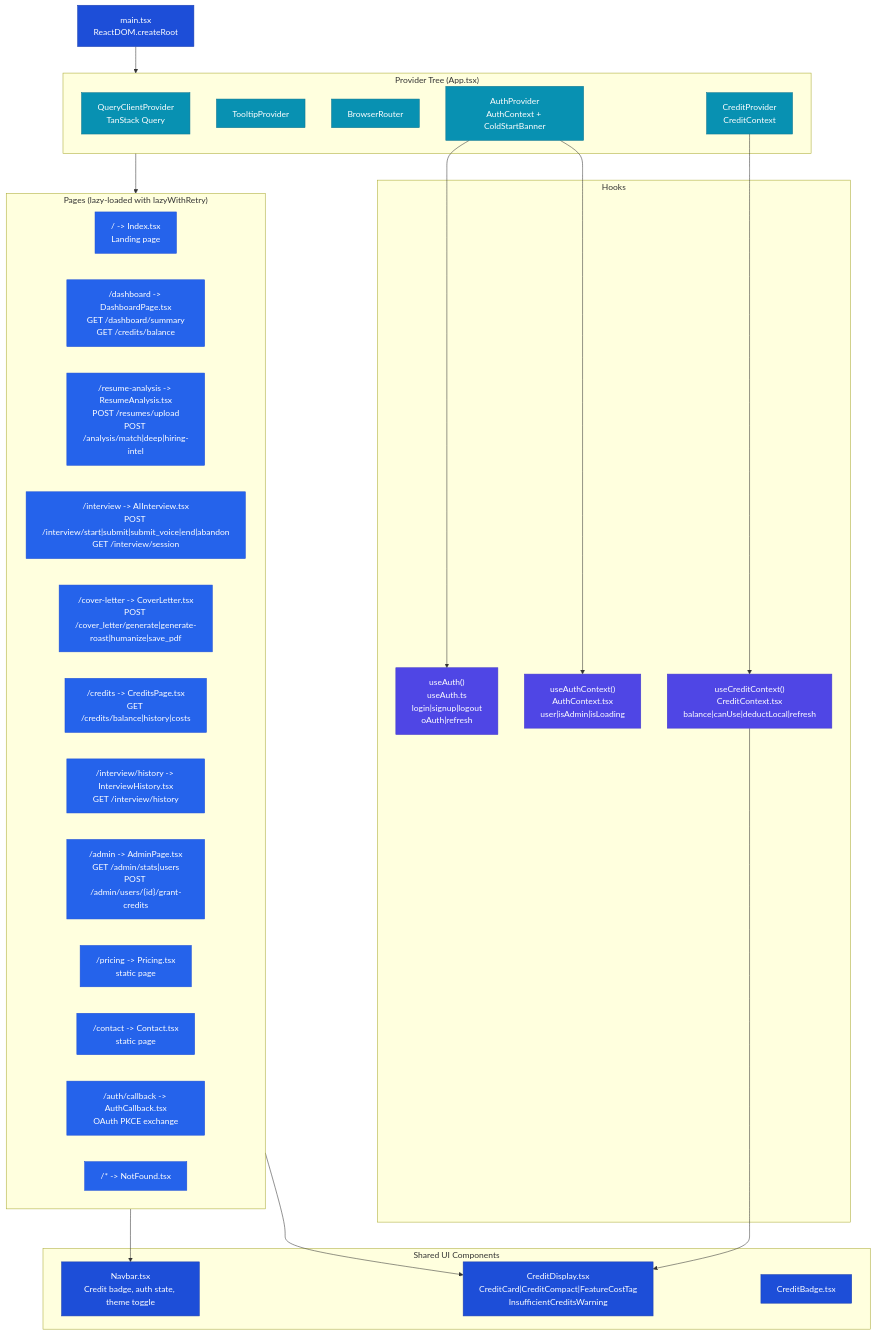
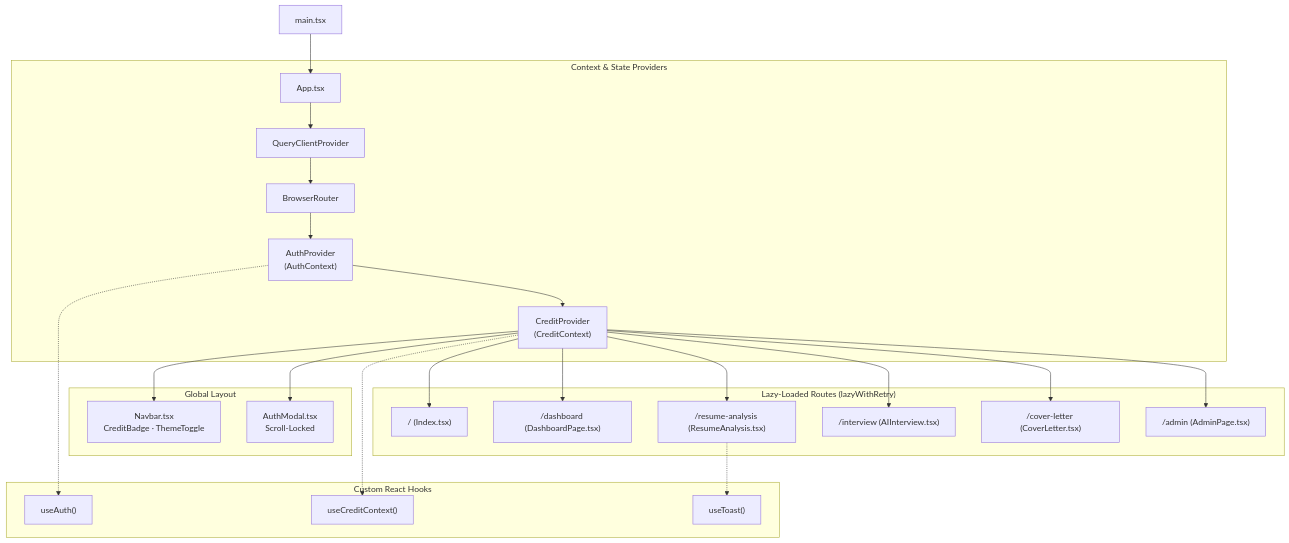
One commit to dhrv9023/prsnl changed the diagram in docs/architecture/flowcharts/diagram_05_frontend_components.md. Above: the diagram before and after it, drawn with Mermaid. The commit also changed other lines of this file and 20 other files, not shown here.

First line of the commit message:
docs(architecture): enhance flowcharts with visual schematics and synchronize docs with latest codebase

````diff
--- a/docs/architecture/flowcharts/diagram_05_frontend_components.md
+++ b/docs/architecture/flowcharts/diagram_05_frontend_components.md
@@ -7,57 +43,31 @@
 ```mermaid
-graph TD
-    classDef frontend fill:#1d4ed8,color:#fff,stroke:#1e40af
-    classDef context fill:#0891b2,color:#fff,stroke:#0e7490
-    classDef page fill:#2563eb,color:#fff,stroke:#1d4ed8
-    classDef hook fill:#4f46e5,color:#fff,stroke:#4338ca
-
-    Main["main.tsx<br/>ReactDOM.createRoot"]
-
-    subgraph PROVIDERS["Provider Tree (App.tsx)"]
-        QCP["QueryClientProvider<br/>TanStack Query"]
-        TTP["TooltipProvider"]
-        BRP["BrowserRouter"]
-        AP["AuthProvider<br/>AuthContext + ColdStartBanner"]
-        CP["CreditProvider<br/>CreditContext"]
+flowchart TD
+    MAIN["main.tsx"] --> APP["App.tsx"]
+    
+    subgraph PROVIDERS["Context & State Providers"]
+        APP --> QC["QueryClientProvider"]
+        QC --> ROUTER["BrowserRouter"]
+        ROUTER --> AUTH_P["AuthProvider<br/>(AuthContext)"]
+        AUTH_P --> CRED_P["CreditProvider<br/>(CreditContext)"]
     end
 
-    subgraph PAGES["Pages (lazy-loaded with lazyWithRetry)"]
-        PG1["/ -> Index.tsx<br/>Landing page"]
-        PG2["/dashboard -> DashboardPage.tsx<br/>GET /dashboard/summary<br/>GET /credits/balance"]
-        PG3["/resume-analysis -> ResumeAnalysis.tsx<br/>POST /resumes/upload<br/>POST /analysis/match|deep|hiring-intel"]
-        PG4["/interview -> AIInterview.tsx<br/>POST /interview/start|submit|submit_voice|end|abandon<br/>GET /interview/session"]
-        PG5["/cover-letter -> CoverLetter.tsx<br/>POST /cover_letter/generate|generate-roast|humanize|save_pdf"]
-        PG6["/credits -> CreditsPage.tsx<br/>GET /credits/balance|history|costs"]
-        PG7["/interview/history -> InterviewHistory.tsx<br/>GET /interview/history"]
-        PG8["/admin -> AdminPage.tsx<br/>GET /admin/stats|users<br/>POST /admin/users/{id}/grant-credits"]
-        PG9["/pricing -> Pricing.tsx<br/>static page"]
-        PG10["/contact -> Contact.tsx<br/>static page"]
-        PG11["/auth/callback -> AuthCallback.tsx<br/>OAuth PKCE exchange"]
-        PG12["/* -> NotFound.tsx"]
+    subgraph LAYOUT["Global Layout"]
+        CRED_P --> NAV["Navbar.tsx<br/>CreditBadge · ThemeToggle"]
+        CRED_P --> MODAL["AuthModal.tsx<br/>Scroll-Locked"]
     end
 
-    subgraph HOOKS["Hooks"]
-        H1["useAuth()<br/>useAuth.ts<br/>login|signup|logout<br/>oAuth|refresh"]
-        H2["useCreditContext()<br/>CreditContext.tsx<br/>balance|canUse|deductLocal|refresh"]
-        H3["useAuthContext()<br/>AuthContext.tsx<br/>user|isAdmin|isLoading"]
+    subgraph ROUTES["Lazy-Loaded Routes (lazyWithRetry)"]
+        CRED_P --> P_HOME["/ (Index.tsx)"]
+        CRED_P --> P_DASH["/dashboard (DashboardPage.tsx)"]
+        CRED_P --> P_RESUME["/resume-analysis (ResumeAnalysis.tsx)"]
+        CRED_P --> P_INTERVIEW["/interview (AIInterview.tsx)"]
+        CRED_P --> P_LETTER["/cover-letter (CoverLetter.tsx)"]
+        CRED_P --> P_ADMIN["/admin (AdminPage.tsx)"]
     end
 
-    subgraph GLOBAL_COMPONENTS["Shared UI Components"]
-        NAV["Navbar.tsx<br/>Credit badge, auth state, theme toggle"]
-        CDISPLAY["CreditDisplay.tsx<br/>CreditCard|CreditCompact|FeatureCostTag<br/>InsufficientCreditsWarning"]
-        CBADGE["CreditBadge.tsx"]
+    subgraph HOOKS["Custom React Hooks"]
+        AUTH_P -.-> U_AUTH["useAuth()"]
+        CRED_P -.-> U_CRED["useCreditContext()"]
+        P_RESUME -.-> U_TOAST["useToast()"]
     end
-
-    Main --> PROVIDERS
-    PROVIDERS --> PAGES
-    AP --> H1
-    AP --> H3
-    CP --> H2
-    PAGES --> NAV
-    PAGES --> CDISPLAY
-    H2 --> CDISPLAY
-    class CDISPLAY,Main,CBADGE,NAV frontend;
-    class TTP,CP,BRP,AP,QCP context;
-    class PG3,PG5,PG9,PG6,PG7,PG4,PG11,PG2,PG1,PG10,PG8,PG12 page;
-    class H1,H2,H3 hook;
 ```
````
